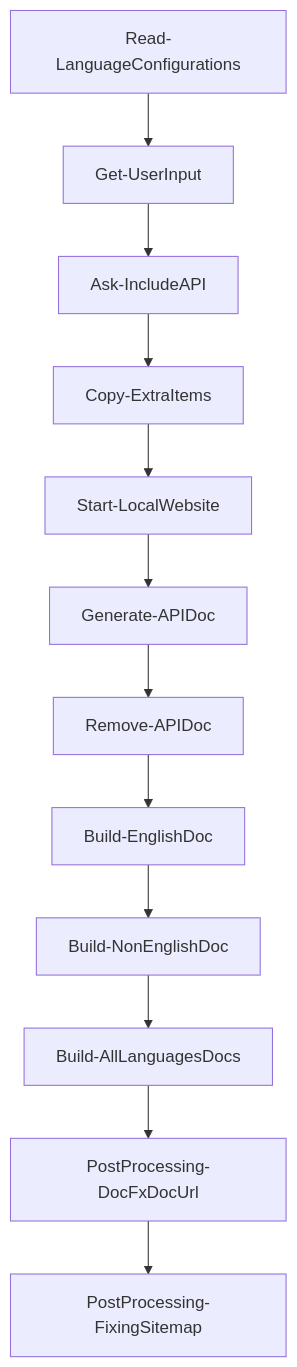
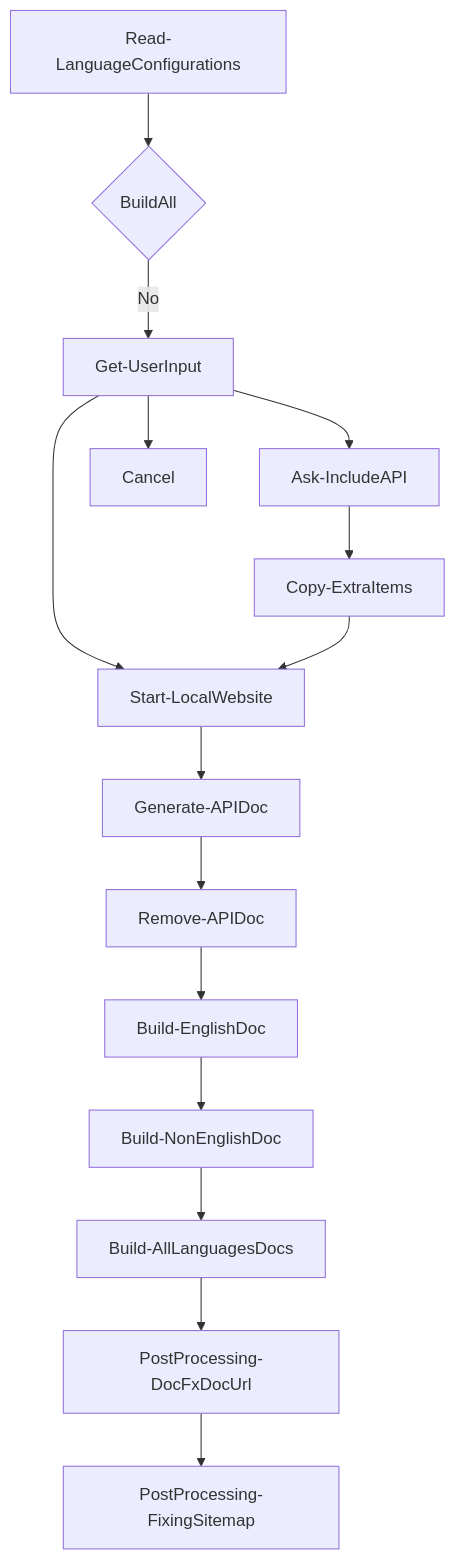
The second of 2 diagrams in README.md (NexStandard/stride-docs-next), drawn with Mermaid before and after one commit.

````diff
--- a/README.md
+++ b/README.md
@@ -165,27 +165,32 @@
 ``` mermaid
 graph TB
     A[Read-LanguageConfigurations]
+    X1[BuildAll]
     B[Get-UserInput]
     C[Ask-IncludeAPI]
     D[Copy-ExtraItems]
     E[Start-LocalWebsite]
     F[Generate-APIDoc]
     G[Remove-APIDoc]
     H[Build-EnglishDoc]
     I[Build-NonEnglishDoc]
     J[Build-AllLanguagesDocs]
     K[PostProcessing-DocFxDocUrl]
     L[PostProcessing-FixingSitemap]
+   
 
-    A --> B
+    A --> X1{BuildAll}
+    X1 -->|No| B
     B --> C
+    B --> X2[Cancel]
+    B --> E
     C --> D
     D --> E
     E --> F
     F --> G
     G --> H
     H --> I
     I --> J
     J --> K
     K --> L
 ```
````
